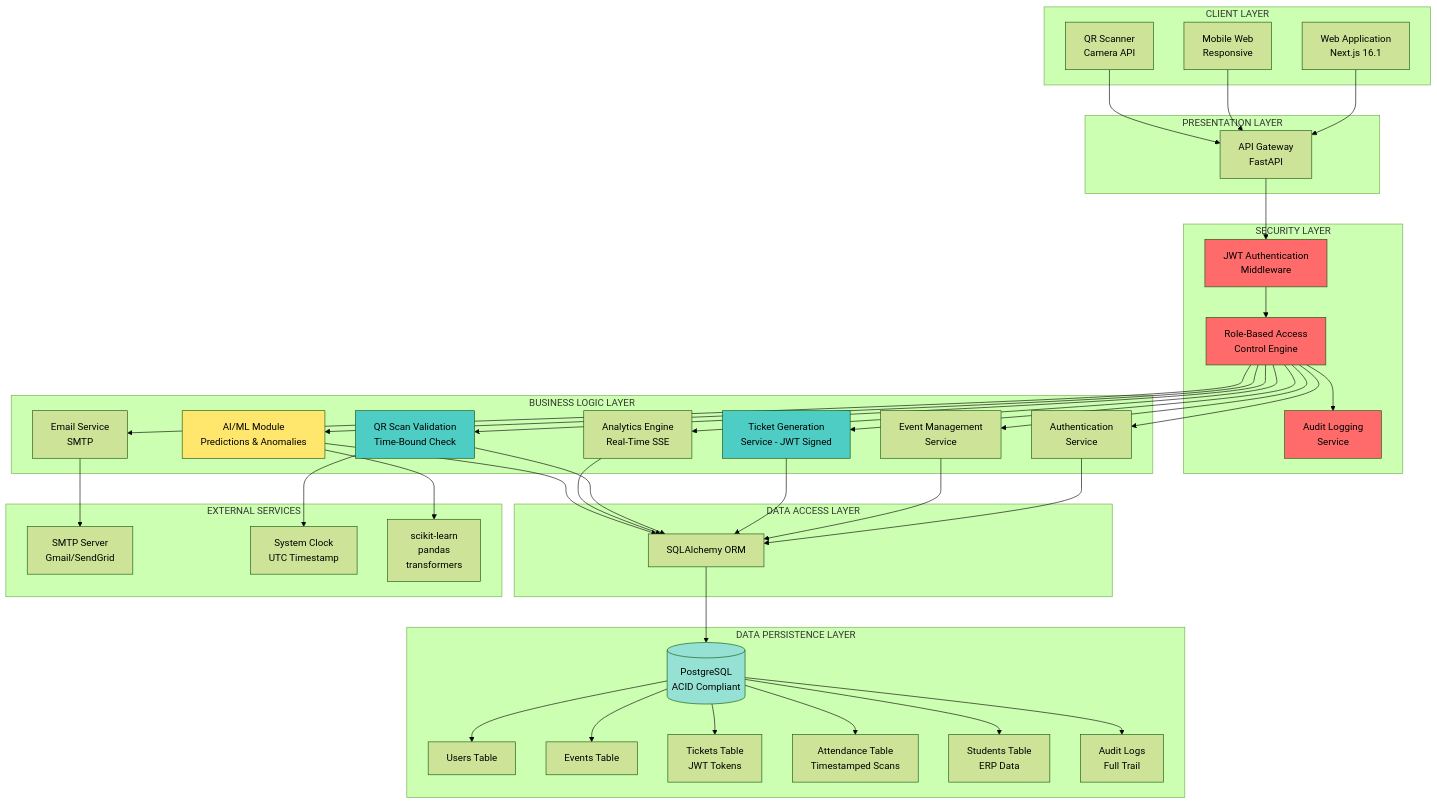
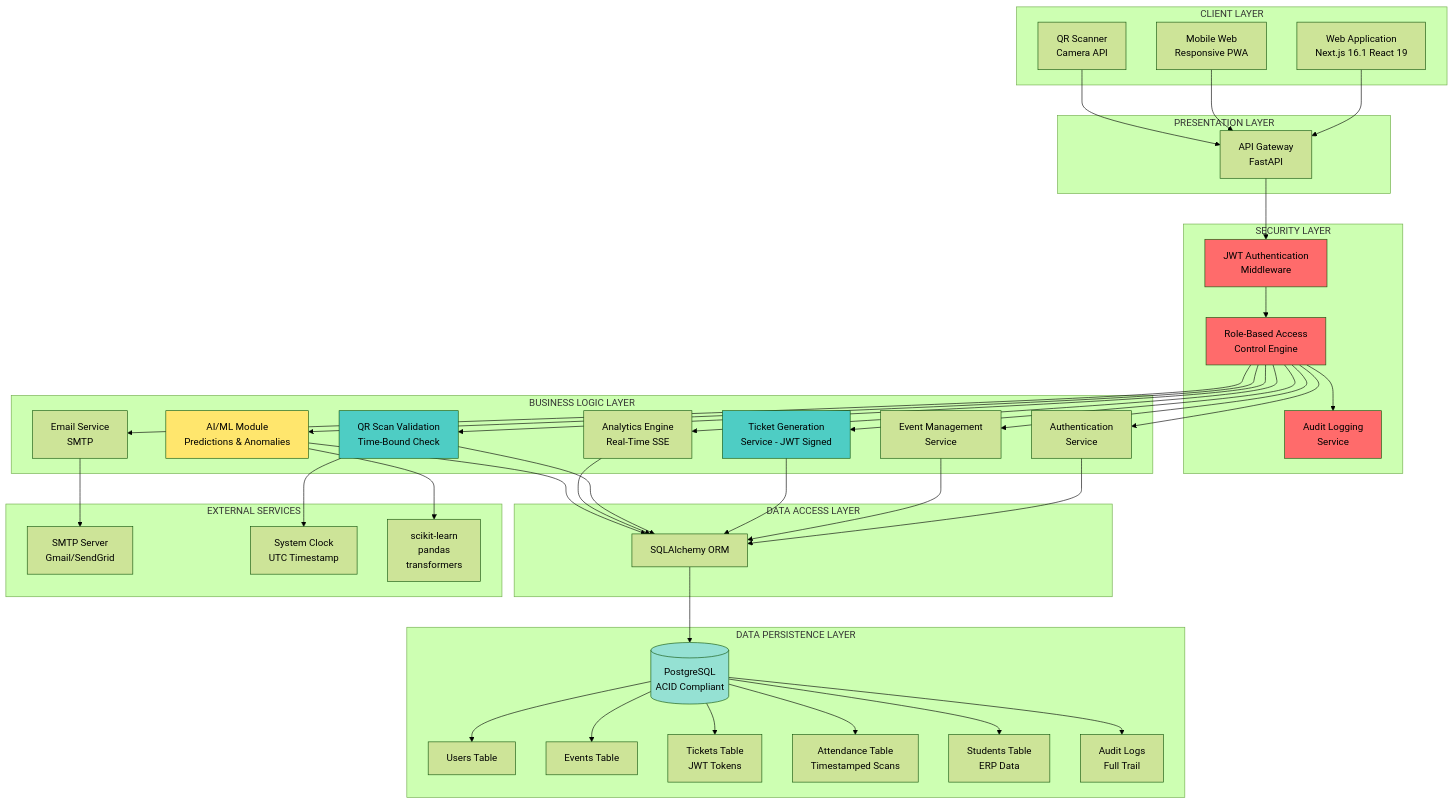
The first of 12 diagrams in UniPass_DOCS/DIAGRAMS.md (samarth3101/UniPass), drawn with Mermaid (forest theme) before and after one commit. The commit also changed other lines of this file and 2 other files, not shown here.

````diff
--- a/UniPass_DOCS/DIAGRAMS.md
+++ b/UniPass_DOCS/DIAGRAMS.md
@@ -34,63 +34,63 @@
 ```mermaid
 graph TB
     subgraph "CLIENT LAYER"
-        WEB[Web Application<br/>Next.js 16.1]
-        MOBILE[Mobile Web<br/>Responsive]
+        WEB[Web Application<br/>Next.js 16.1 React 19]
+        MOBILE[Mobile Web<br/>Responsive PWA]
         SCANNER[QR Scanner<br/>Camera API]
     end
 
     subgraph "PRESENTATION LAYER"
         WEB --> API_GW[API Gateway<br/>FastAPI]
         MOBILE --> API_GW
         SCANNER --> API_GW
     end
 
     subgraph "SECURITY LAYER"
         API_GW --> JWT_AUTH[JWT Authentication<br/>Middleware]
         JWT_AUTH --> RBAC[Role-Based Access<br/>Control Engine]
         RBAC --> AUDIT[Audit Logging<br/>Service]
     end
 
     subgraph "BUSINESS LOGIC LAYER"
         RBAC --> AUTH_SVC[Authentication<br/>Service]
         RBAC --> EVENT_SVC[Event Management<br/>Service]
         RBAC --> TICKET_SVC[Ticket Generation<br/>Service - JWT Signed]
         RBAC --> SCAN_SVC[QR Scan Validation<br/>Time-Bound Check]
         RBAC --> ANALYTICS[Analytics Engine<br/>Real-Time SSE]
         RBAC --> EMAIL_SVC[Email Service<br/>SMTP]
         RBAC --> AI_MODULE[AI/ML Module<br/>Predictions & Anomalies]
     end
 
     subgraph "DATA ACCESS LAYER"
         AUTH_SVC --> ORM[SQLAlchemy ORM]
         EVENT_SVC --> ORM
         TICKET_SVC --> ORM
         SCAN_SVC --> ORM
         ANALYTICS --> ORM
         AI_MODULE --> ORM
     end
 
     subgraph "DATA PERSISTENCE LAYER"
         ORM --> DB[(PostgreSQL<br/>ACID Compliant)]
         DB --> USERS[Users Table]
         DB --> EVENTS[Events Table]
         DB --> TICKETS[Tickets Table<br/>JWT Tokens]
         DB --> ATTENDANCE[Attendance Table<br/>Timestamped Scans]
         DB --> STUDENTS[Students Table<br/>ERP Data]
         DB --> AUDIT_LOG[Audit Logs<br/>Full Trail]
     end
 
     subgraph "EXTERNAL SERVICES"
         EMAIL_SVC --> SMTP[SMTP Server<br/>Gmail/SendGrid]
         SCAN_SVC --> TIME_VAL[System Clock<br/>UTC Timestamp]
         AI_MODULE --> ML_LIB[scikit-learn<br/>pandas<br/>transformers]
     end
 
     style JWT_AUTH fill:#ff6b6b
     style RBAC fill:#ff6b6b
     style AUDIT fill:#ff6b6b
     style TICKET_SVC fill:#4ecdc4
     style SCAN_SVC fill:#4ecdc4
     style AI_MODULE fill:#ffe66d
     style DB fill:#95e1d3
 ```
````
